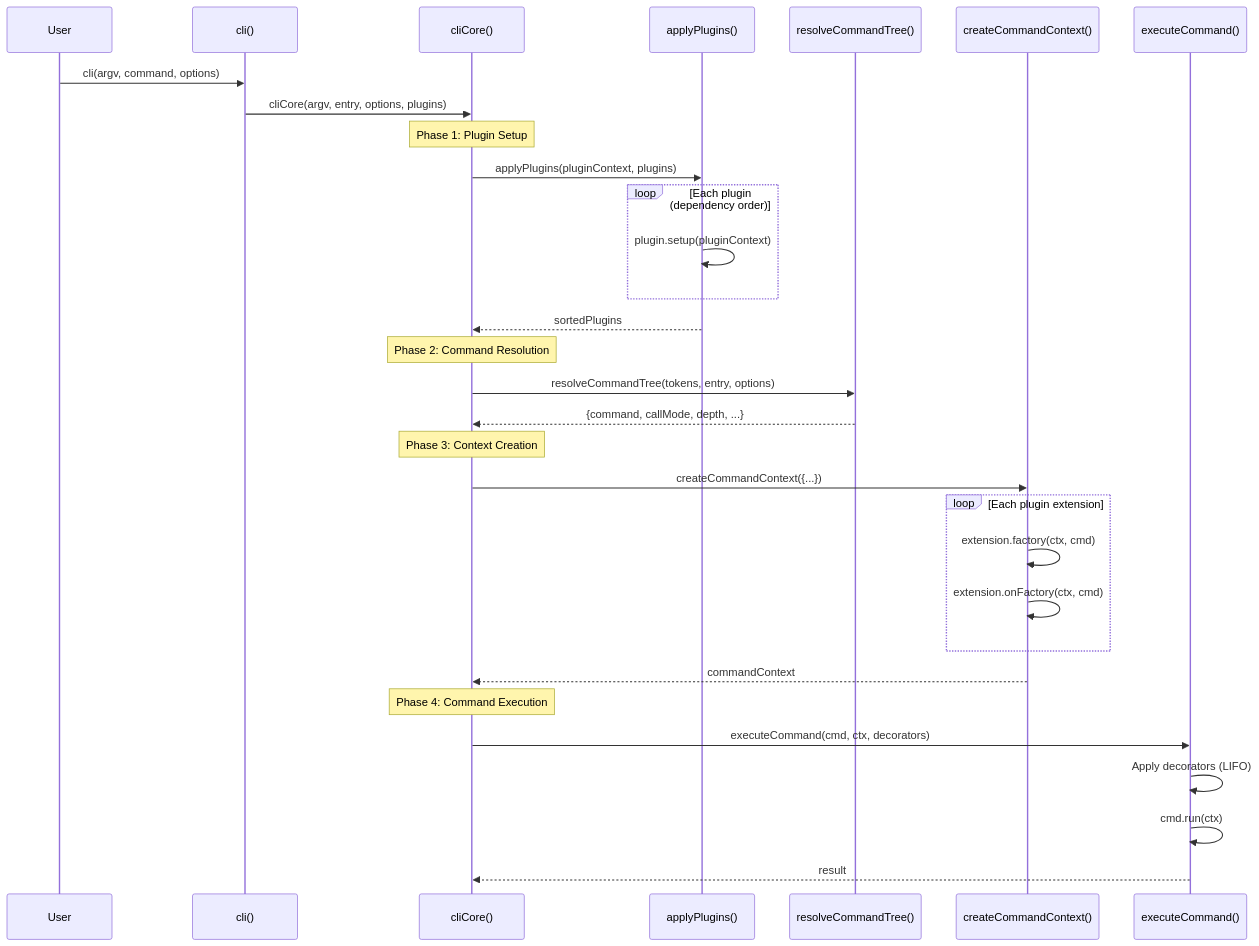
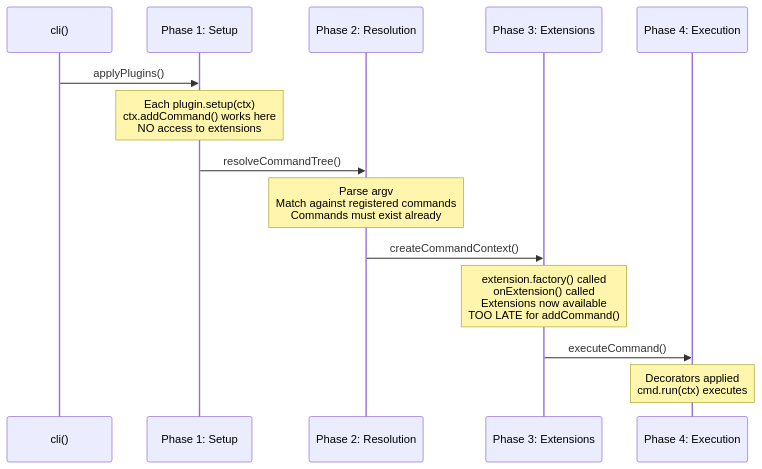
The third of 6 diagrams in doc/discovery/gunshi-lifecycle.md (rektide/gunshi-mcp), drawn with Mermaid before and after one commit. The commit also changed other lines of this file, not shown here.

First line of the commit message:
Rewrite gunshi-lifecycle.md with problem statement and solution options

````diff
--- a/doc/discovery/gunshi-lifecycle.md
+++ b/doc/discovery/gunshi-lifecycle.md
@@ -18,38 +65,20 @@
 ```mermaid
 sequenceDiagram
-    participant User as User
     participant CLI as cli()
-    participant Core as cliCore()
-    participant Plugins as applyPlugins()
-    participant Resolve as resolveCommandTree()
-    participant Context as createCommandContext()
-    participant Execute as executeCommand()
+    participant Setup as Phase 1: Setup
+    participant Resolve as Phase 2: Resolution
+    participant Ext as Phase 3: Extensions
+    participant Run as Phase 4: Execution
 
-    User->>CLI: cli(argv, command, options)
-    CLI->>Core: cliCore(argv, entry, options, plugins)
-
-    Note over Core: Phase 1: Plugin Setup
-    Core->>Plugins: applyPlugins(pluginContext, plugins)
-    loop Each plugin (dependency order)
-        Plugins->>Plugins: plugin.setup(pluginContext)
-    end
-    Plugins-->>Core: sortedPlugins
-
-    Note over Core: Phase 2: Command Resolution
-    Core->>Resolve: resolveCommandTree(tokens, entry, options)
-    Resolve-->>Core: {command, callMode, depth, ...}
-
-    Note over Core: Phase 3: Context Creation
-    Core->>Context: createCommandContext({...})
-    loop Each plugin extension
-        Context->>Context: extension.factory(ctx, cmd)
-        Context->>Context: extension.onFactory(ctx, cmd)
-    end
-    Context-->>Core: commandContext
-
-    Note over Core: Phase 4: Command Execution
-    Core->>Execute: executeCommand(cmd, ctx, decorators)
-    Execute->>Execute: Apply decorators (LIFO)
-    Execute->>Execute: cmd.run(ctx)
-    Execute-->>Core: result
+    CLI->>Setup: applyPlugins()
+    Note over Setup: Each plugin.setup(ctx)<br/>ctx.addCommand() works here<br/>NO access to extensions
+    
+    Setup->>Resolve: resolveCommandTree()
+    Note over Resolve: Parse argv<br/>Match against registered commands<br/>Commands must exist already
+    
+    Resolve->>Ext: createCommandContext()
+    Note over Ext: extension.factory() called<br/>onExtension() called<br/>Extensions now available<br/>TOO LATE for addCommand()
+    
+    Ext->>Run: executeCommand()
+    Note over Run: Decorators applied<br/>cmd.run(ctx) executes
 ```
````
